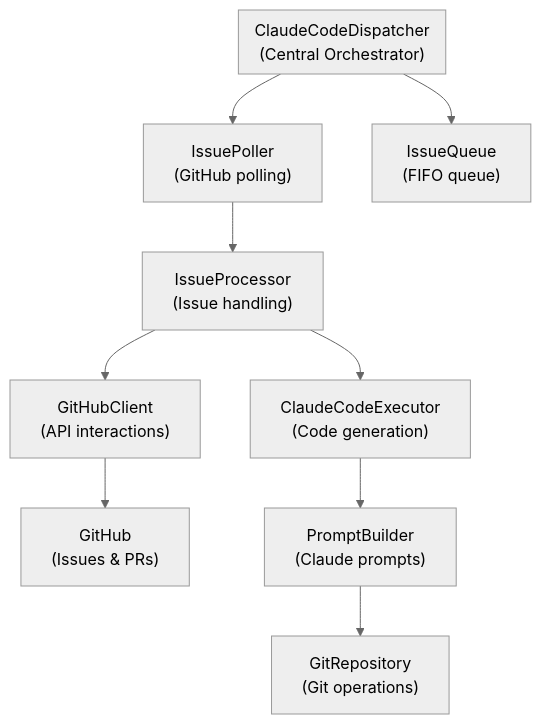
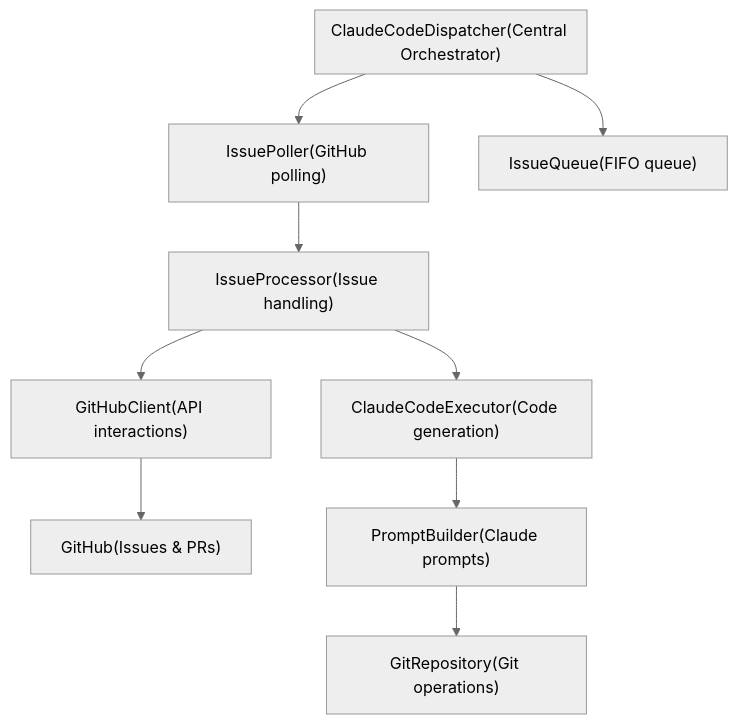
Before and after one commit to k1e1n04/claude-code-dispatcher: the diagram in README.md, drawn with Mermaid (neutral theme).

Commit message:
Fix formatting in mermaid diagram for improved clarity in README.md

````diff
--- a/README.md
+++ b/README.md
@@ -256,16 +256,16 @@
 ```mermaid
 flowchart TD
-  subgraph Dispatcher["ClaudeCodeDispatcher\n(Central Orchestrator)"]
+  subgraph Dispatcher["ClaudeCodeDispatcher(Central Orchestrator)"]
   end
 
-  Dispatcher --> IssuePoller["IssuePoller\n(GitHub polling)"]
-  Dispatcher --> IssueQueue["IssueQueue\n(FIFO queue)"]
-  IssuePoller --> IssueProcessor["IssueProcessor\n(Issue handling)"]
+  Dispatcher --> IssuePoller["IssuePoller(GitHub polling)"]
+  Dispatcher --> IssueQueue["IssueQueue(FIFO queue)"]
+  IssuePoller --> IssueProcessor["IssueProcessor(Issue handling)"]
 
-  IssueProcessor --> GitHubClient["GitHubClient\n(API interactions)"]
-  IssueProcessor --> ClaudeCodeExecutor["ClaudeCodeExecutor\n(Code generation)"]
+  IssueProcessor --> GitHubClient["GitHubClient(API interactions)"]
+  IssueProcessor --> ClaudeCodeExecutor["ClaudeCodeExecutor(Code generation)"]
 
-  GitHubClient --> GitHub["GitHub\n(Issues & PRs)"]
-  ClaudeCodeExecutor --> PromptBuilder["PromptBuilder\n(Claude prompts)"]
-  PromptBuilder --> GitRepository["GitRepository\n(Git operations)"]
+  GitHubClient --> GitHub["GitHub(Issues & PRs)"]
+  ClaudeCodeExecutor --> PromptBuilder["PromptBuilder(Claude prompts)"]
+  PromptBuilder --> GitRepository["GitRepository(Git operations)"]
 ```
````
